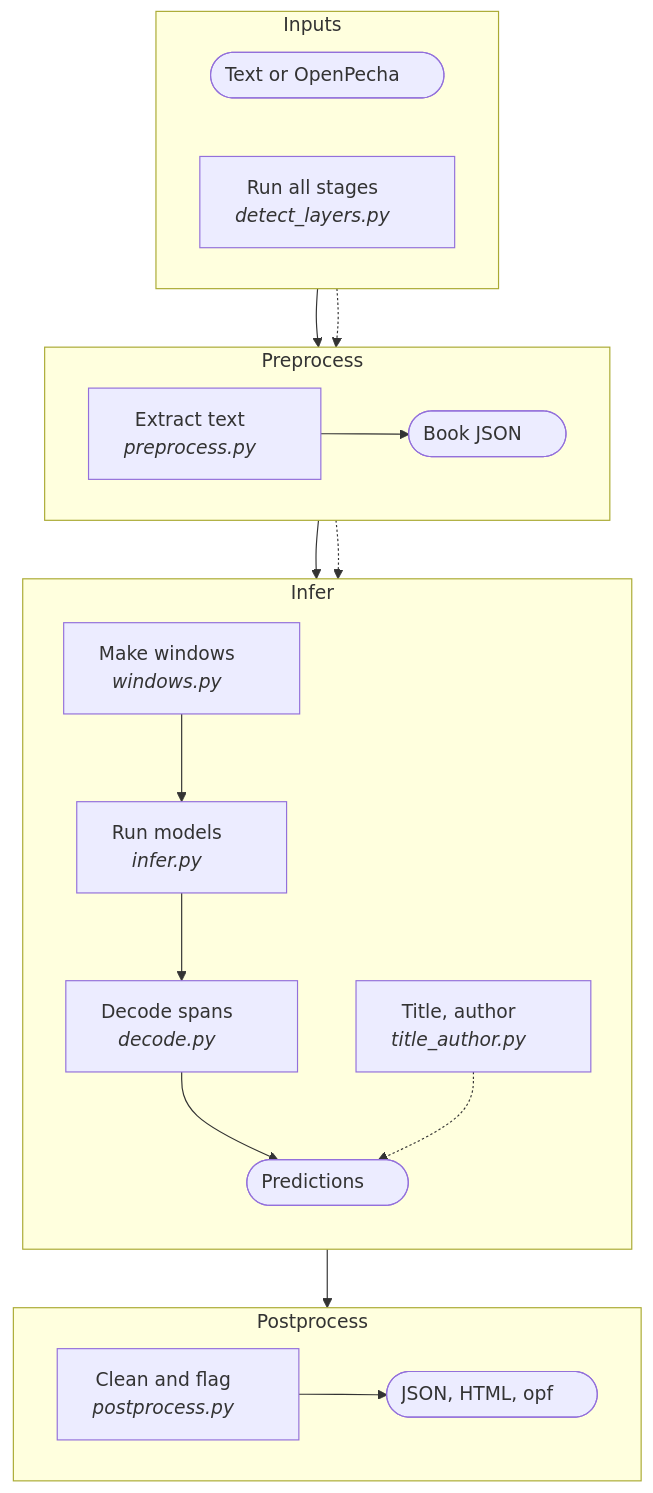
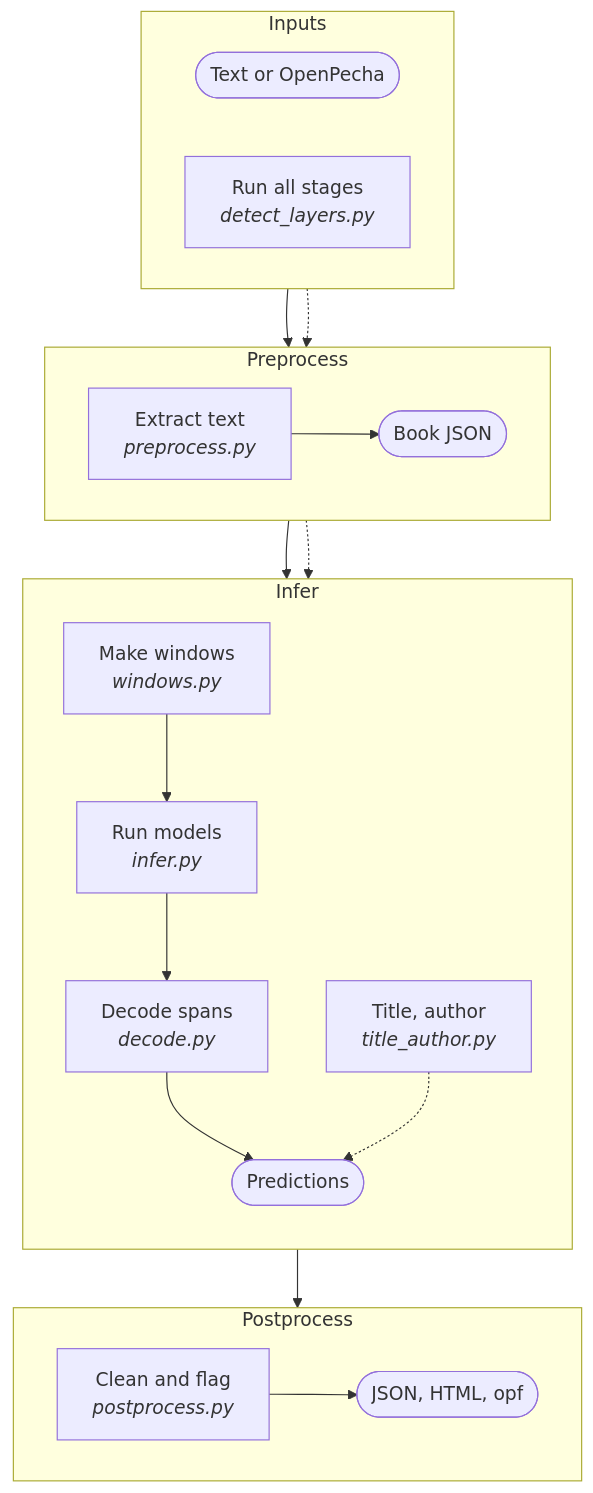
Before and after one commit to tenzinyonten/tibetan-layer-detection: the diagram in detect/README.md, drawn with Mermaid. The commit also changed 8 other files, not shown here.

Commit message:
Flowcharts: draw labels as SVG text instead of HTML, drop padding

````diff
--- a/detect/README.md
+++ b/detect/README.md
@@ -37,28 +37,29 @@
 ```mermaid
+%%{init: {"flowchart": {"htmlLabels": false}}}%%
 flowchart TD
-  subgraph IN["Inputs&nbsp;&nbsp;&nbsp;&nbsp;&nbsp;"]
+  subgraph IN["Inputs"]
     direction LR
-    F1(["Text or OpenPecha&nbsp;&nbsp;&nbsp;&nbsp;&nbsp;"])
-    S0["Run all stages&nbsp;&nbsp;&nbsp;&nbsp;&nbsp;<br/><i>detect_layers.py&nbsp;&nbsp;&nbsp;&nbsp;&nbsp;</i>"]
+    F1(["Text or OpenPecha"])
+    S0["Run all stages<br/><i>detect_layers.py</i>"]
   end
-  subgraph PRE["Preprocess&nbsp;&nbsp;&nbsp;&nbsp;&nbsp;"]
+  subgraph PRE["Preprocess"]
     direction LR
-    S1["Extract text&nbsp;&nbsp;&nbsp;&nbsp;&nbsp;<br/><i>preprocess.py&nbsp;&nbsp;&nbsp;&nbsp;&nbsp;</i>"] --> F2(["Book JSON&nbsp;&nbsp;&nbsp;&nbsp;&nbsp;"])
+    S1["Extract text<br/><i>preprocess.py</i>"] --> F2(["Book JSON"])
   end
-  subgraph INF["Infer&nbsp;&nbsp;&nbsp;&nbsp;&nbsp;"]
+  subgraph INF["Infer"]
     direction TB
-    W["Make windows&nbsp;&nbsp;&nbsp;&nbsp;&nbsp;<br/><i>windows.py&nbsp;&nbsp;&nbsp;&nbsp;&nbsp;</i>"] --> M["Run models&nbsp;&nbsp;&nbsp;&nbsp;&nbsp;<br/><i>infer.py&nbsp;&nbsp;&nbsp;&nbsp;&nbsp;</i>"]
-    M --> D["Decode spans&nbsp;&nbsp;&nbsp;&nbsp;&nbsp;<br/><i>decode.py&nbsp;&nbsp;&nbsp;&nbsp;&nbsp;</i>"]
-    D --> F3(["Predictions&nbsp;&nbsp;&nbsp;&nbsp;&nbsp;"])
-    T["Title, author&nbsp;&nbsp;&nbsp;&nbsp;&nbsp;<br/><i>title_author.py&nbsp;&nbsp;&nbsp;&nbsp;&nbsp;</i>"] -.-> F3
+    W["Make windows<br/><i>windows.py</i>"] --> M["Run models<br/><i>infer.py</i>"]
+    M --> D["Decode spans<br/><i>decode.py</i>"]
+    D --> F3(["Predictions"])
+    T["Title, author<br/><i>title_author.py</i>"] -.-> F3
   end
-  subgraph POST["Postprocess&nbsp;&nbsp;&nbsp;&nbsp;&nbsp;"]
+  subgraph POST["Postprocess"]
     direction LR
-    P1["Clean and flag&nbsp;&nbsp;&nbsp;&nbsp;&nbsp;<br/><i>postprocess.py&nbsp;&nbsp;&nbsp;&nbsp;&nbsp;</i>"] --> F4(["JSON, HTML, opf&nbsp;&nbsp;&nbsp;&nbsp;&nbsp;"])
+    P1["Clean and flag<br/><i>postprocess.py</i>"] --> F4(["JSON, HTML, opf"])
   end
   F1 --> S1
   S0 -.-> S1
   F2 --> W
   F2 -.-> T
   F3 --> P1
 ```
````
